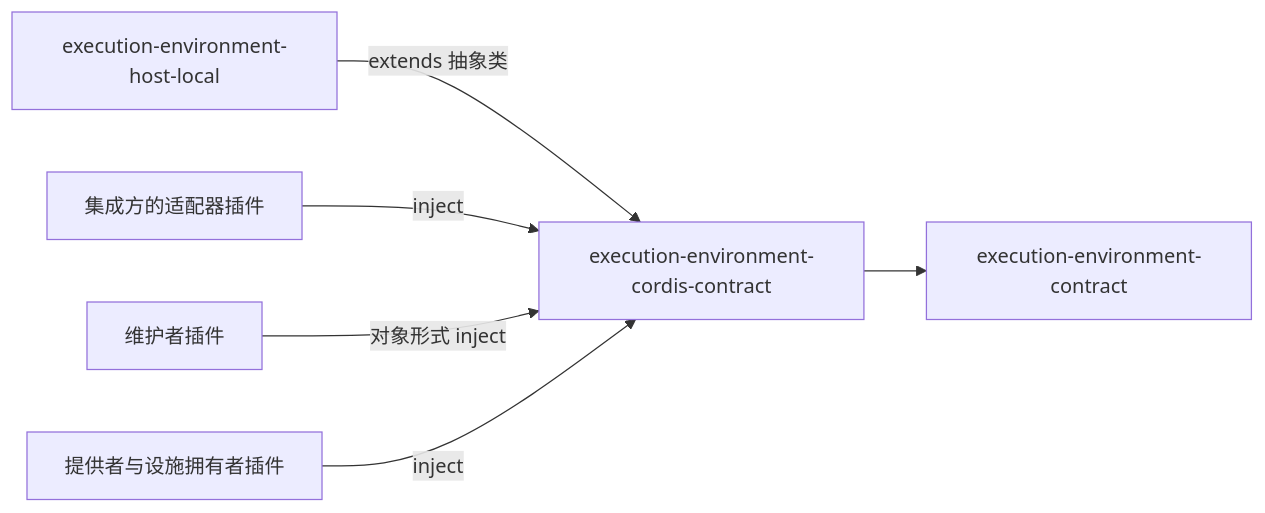
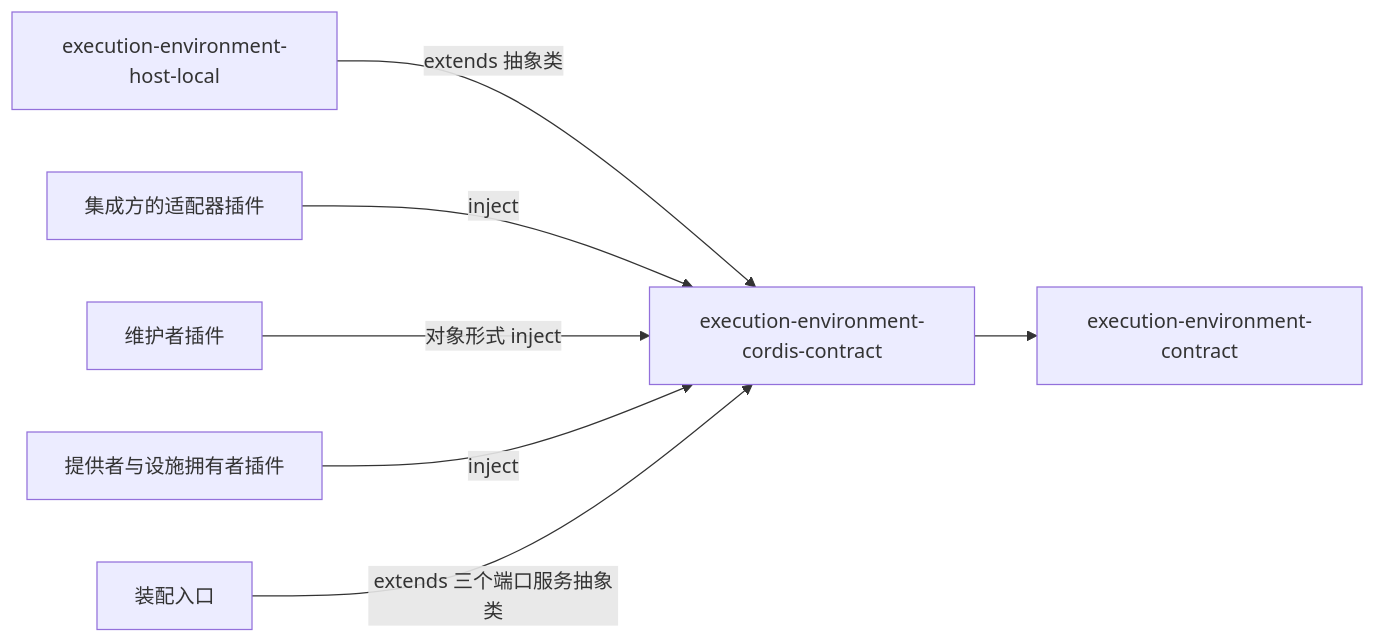
One commit to nemori-ai/omne-harness-lite changed the diagram in packages/execution/execution-environment-cordis-contract/docs/context.md. Above: the diagram before and after it, drawn with Mermaid. The commit also changed other lines of this file and 136 other files, not shown here.

````diff
--- a/packages/execution/execution-environment-cordis-contract/docs/context.md
+++ b/packages/execution/execution-environment-cordis-contract/docs/context.md
@@ -67,9 +69,10 @@
 ```mermaid
 flowchart LR
   EEC[execution-environment-contract]
   EECC[execution-environment-cordis-contract] --> EEC
   HL[execution-environment-host-local] -->|extends 抽象类| EECC
   Integrators[集成方的适配器插件] -->|inject| EECC
   Maintainers[维护者插件] -->|对象形式 inject| EECC
   Providers[提供者与设施拥有者插件] -->|inject| EECC
+  Assembly[装配入口] -->|extends 三个端口服务抽象类| EECC
 ```
````
